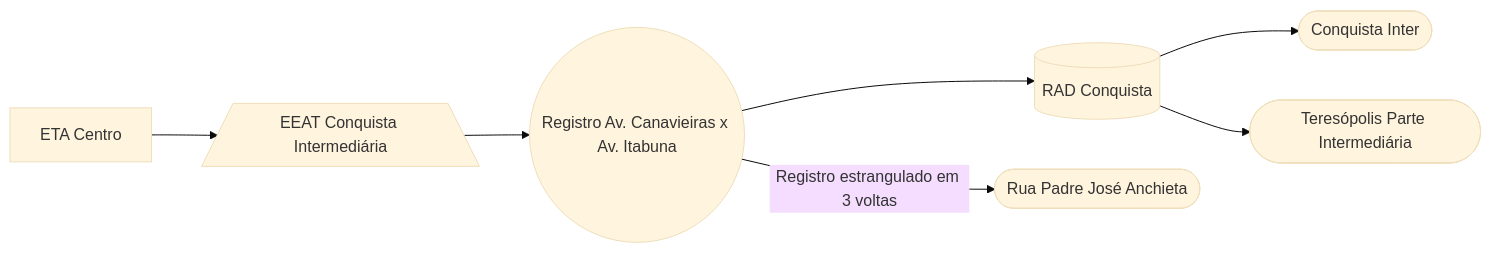
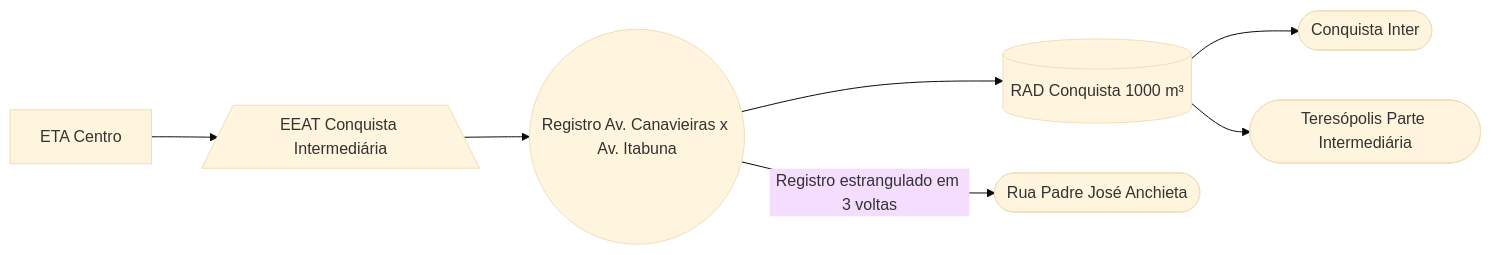
One commit to iagovls/CCO-Documentation changed the diagram in ETA Centro/Conquista Intermediária/Conquista Intermediária.md. Above: the diagram before and after it, drawn with Mermaid (base theme).

Commit message:
Update Conquista Intermediária.md

````diff
--- a/ETA Centro/Conquista Intermediária/Conquista Intermediária.md
+++ b/ETA Centro/Conquista Intermediária/Conquista Intermediária.md
@@ -22,29 +22,29 @@
 ```mermaid
 flowchart LR
         
     ETA["ETA Centro"]    
 
     EEATConquistaInter[/"EEAT Conquista Intermediária"\]
 
     RegistroCanavItab(("Registro Av. Canavieiras x Av. Itabuna"))    
    
-    RadConquista[("RAD Conquista")]    
+    RadConquista[("RAD Conquista 1000 m³")]    
        
     ConquistaInter(["Conquista Inter"])
     
     TeresopolisInter(["Teresópolis Parte Intermediária"])   
     RuaPadreJoseAnchieta(["Rua Padre José Anchieta"])
 
      
 
 
     %% Ligações
     ETA --> EEATConquistaInter
     EEATConquistaInter --> RegistroCanavItab        
     RegistroCanavItab --> RadConquista        
     RegistroCanavItab --> |Registro estrangulado em 3 voltas| RuaPadreJoseAnchieta
 
     RadConquista --> ConquistaInter
     RadConquista --> TeresopolisInter
  
 ```
````
